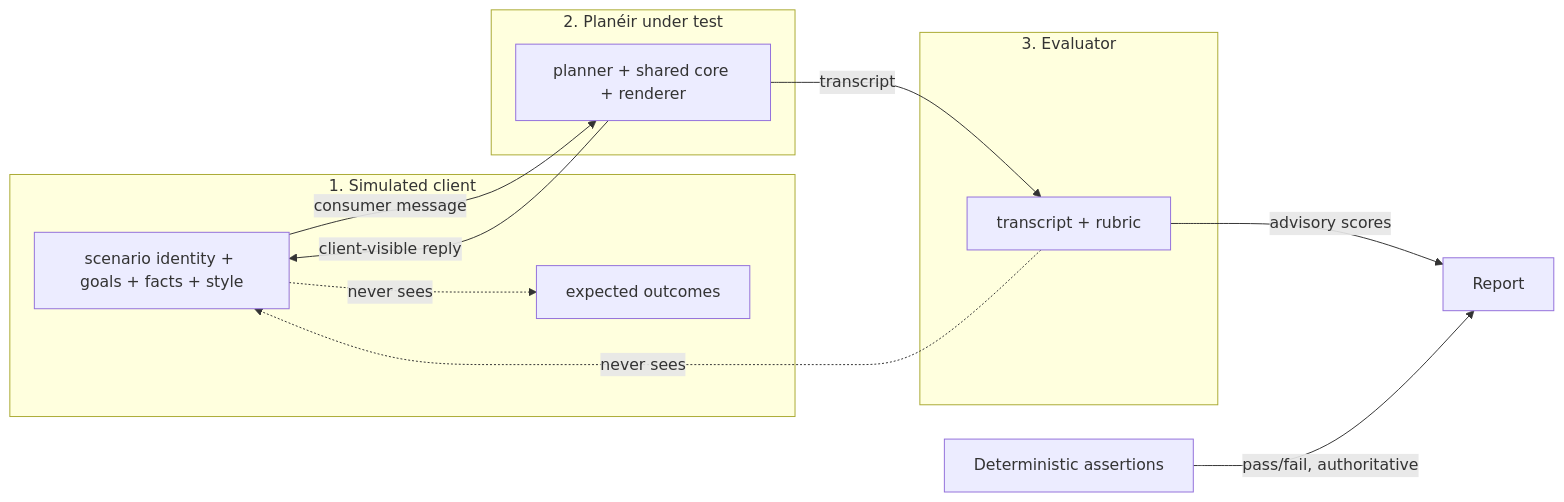
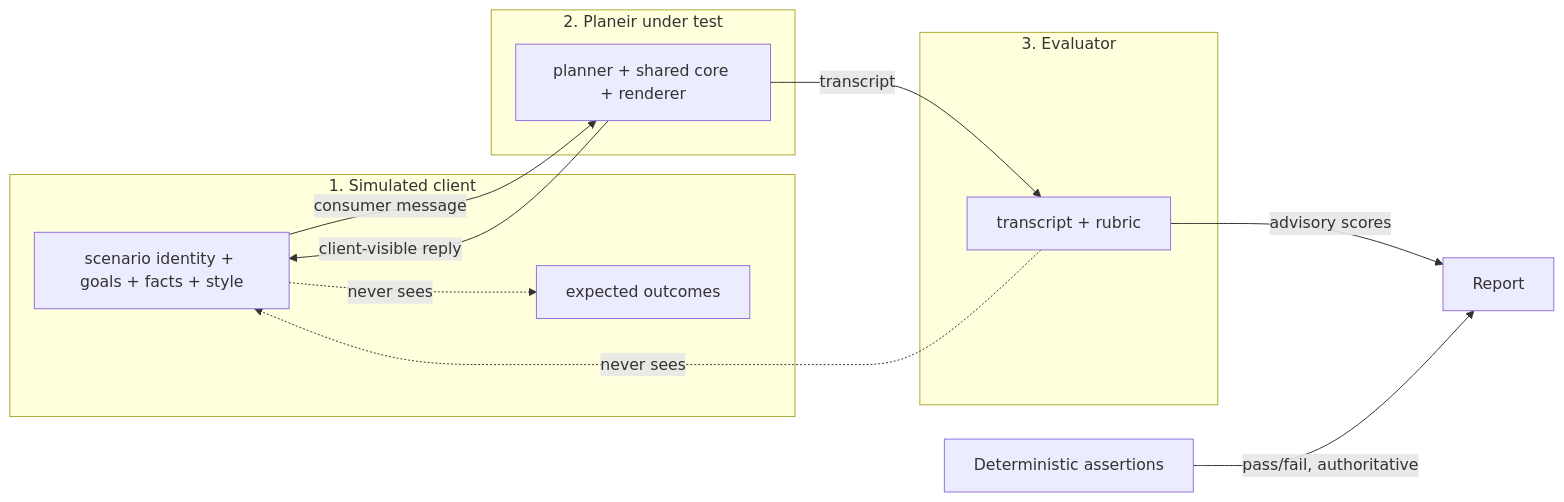
The fourth of 5 diagrams in docs/agent-testing-environment-plan.md (geraldboylan01/Call-Template), drawn with Mermaid before and after one commit. The commit also changed other lines of this file and 143 other files, not shown here.

````diff
--- a/docs/agent-testing-environment-plan.md
+++ b/docs/agent-testing-environment-plan.md
@@ -970,19 +970,19 @@
 ```mermaid
 flowchart LR
     subgraph Sim["1. Simulated client"]
       SC[scenario identity + goals + facts + style]
       SC -.->|never sees| EXP[expected outcomes]
     end
-    subgraph Sut["2. Planéir under test"]
+    subgraph Sut["2. Planeir under test"]
       PT[planner + shared core + renderer]
     end
     subgraph Judge["3. Evaluator"]
       JD[transcript + rubric]
       JD -.->|never sees| SC
     end
     SC -->|consumer message| PT
     PT -->|client-visible reply| SC
     PT -->|transcript| JD
     JD -->|advisory scores| REP[Report]
     DET[Deterministic assertions] -->|pass/fail, authoritative| REP
 ```
````
